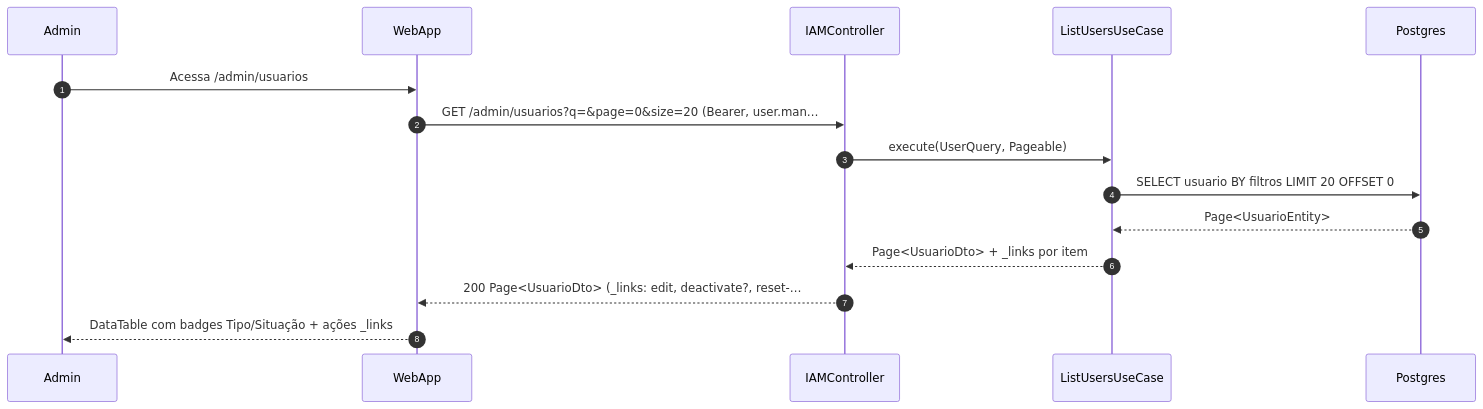
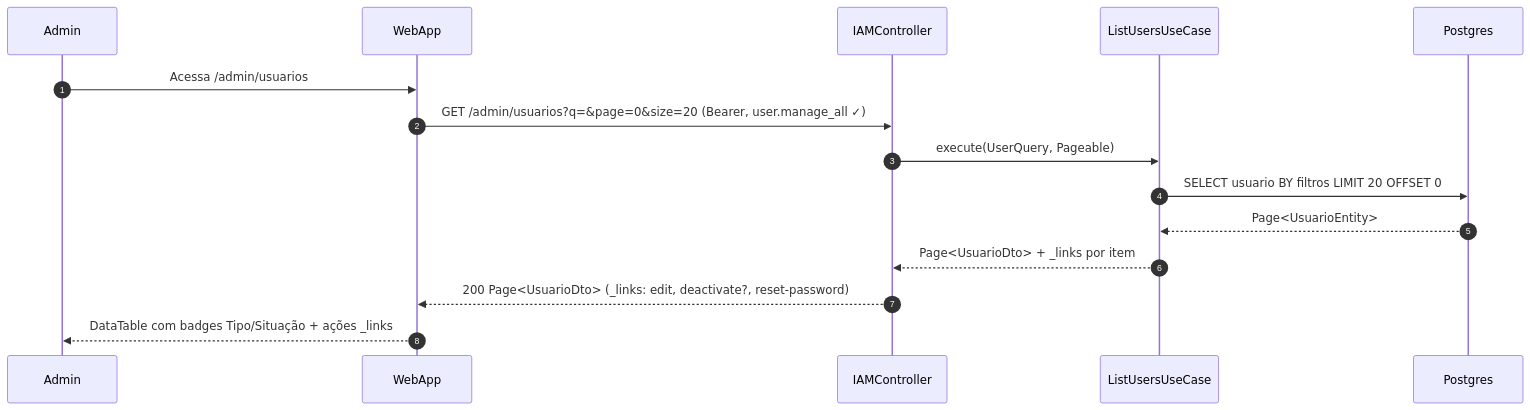
Before and after one commit to umishell/secretariaOnline2: the first of 5 diagrams in foundationDocs/sequenceDiagrams/F7 — Admin/US-F7-001-IAM-USUARIOS.md, drawn with Mermaid. The commit also changed other lines of this file and 70 other files, not shown here.

First line of the commit message:
Enhance database documentation and introduce new schema files

````diff
--- a/foundationDocs/sequenceDiagrams/F7 — Admin/US-F7-001-IAM-USUARIOS.md
+++ b/foundationDocs/sequenceDiagrams/F7 — Admin/US-F7-001-IAM-USUARIOS.md
@@ -55,18 +55,18 @@
 ```mermaid
 sequenceDiagram
     autonumber
     participant Admin
     participant WebApp
     participant IAMController
     participant ListUsersUC as ListUsersUseCase
     participant Postgres
 
     Admin->>WebApp: Acessa /admin/usuarios
-    WebApp->>IAMController: GET /admin/usuarios?q=&page=0&size=20 (Bearer, user.man…
+    WebApp->>IAMController: GET /admin/usuarios?q=&page=0&size=20 (Bearer, user.manage_all ✓)
     IAMController->>ListUsersUC: execute(UserQuery, Pageable)
     ListUsersUC->>Postgres: SELECT usuario BY filtros LIMIT 20 OFFSET 0
     Postgres-->>ListUsersUC: Page<UsuarioEntity>
     ListUsersUC-->>IAMController: Page<UsuarioDto> + _links por item
-    IAMController-->>WebApp: 200 Page<UsuarioDto> (_links: edit, deactivate?, reset-…
+    IAMController-->>WebApp: 200 Page<UsuarioDto> (_links: edit, deactivate?, reset-password)
     WebApp-->>Admin: DataTable com badges Tipo/Situação + ações _links
 ```
````
